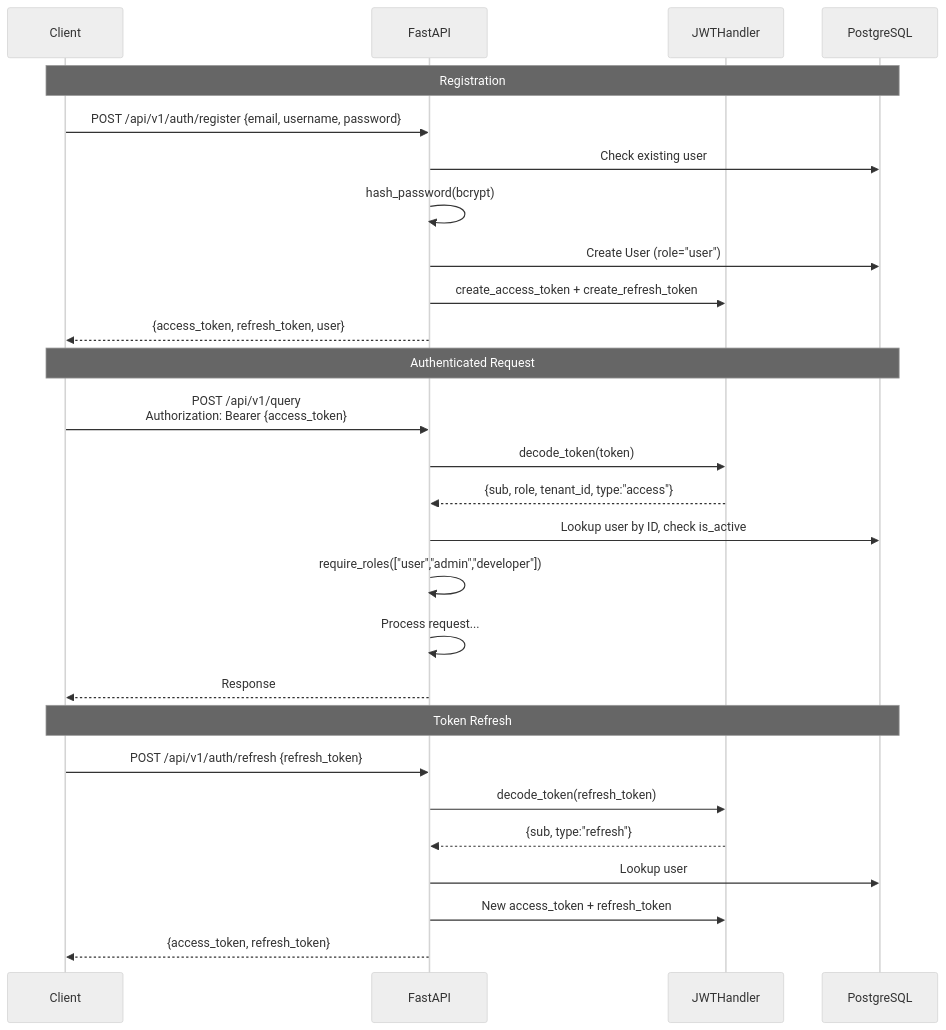
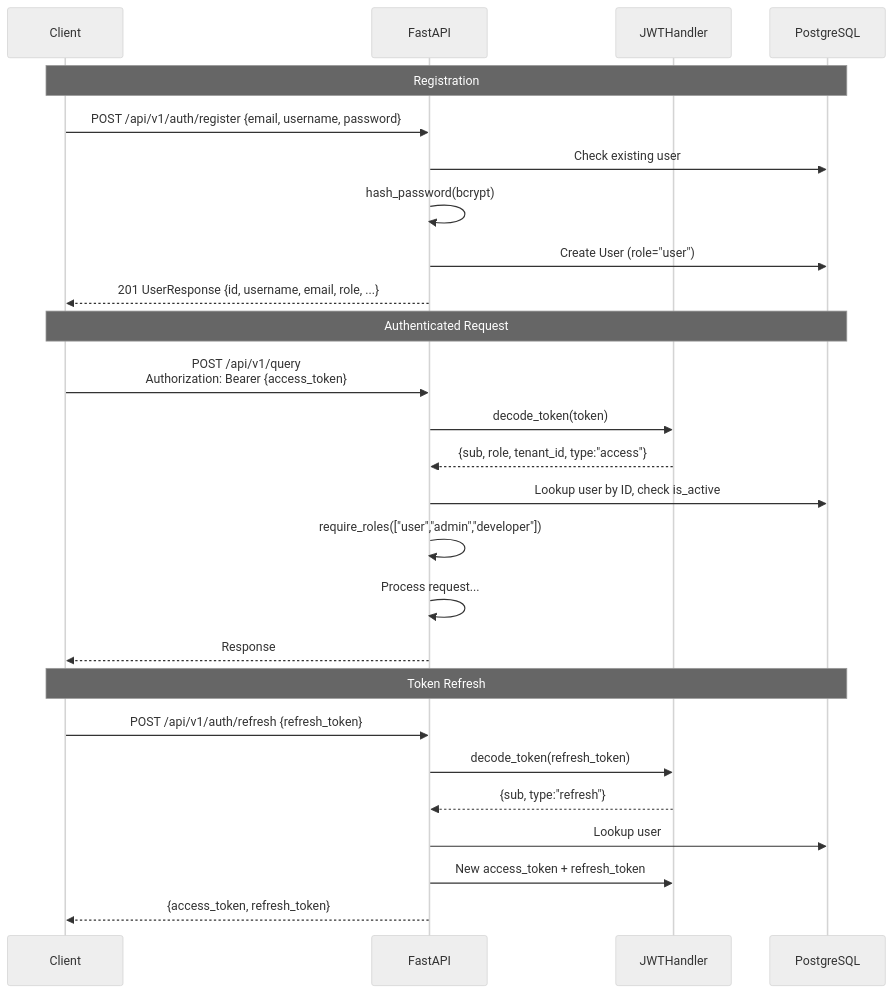
One commit to Jithendhar18/bookstack-rag-agent changed the tenth of 10 diagrams in docs/architecture.md. Above: the diagram before and after it, drawn with Mermaid (neutral theme). The commit also changed other lines of this file and 14 other files, not shown here.

````diff
--- a/docs/architecture.md
+++ b/docs/architecture.md
@@ -569,32 +569,31 @@
 ```mermaid
 sequenceDiagram
     participant C as Client
     participant API as FastAPI
     participant JWT as JWTHandler
     participant PG as PostgreSQL
 
     Note over C,PG: Registration
     C->>API: POST /api/v1/auth/register {email, username, password}
     API->>PG: Check existing user
     API->>API: hash_password(bcrypt)
     API->>PG: Create User (role="user")
-    API->>JWT: create_access_token + create_refresh_token
-    API-->>C: {access_token, refresh_token, user}
+    API-->>C: 201 UserResponse {id, username, email, role, ...}
 
     Note over C,PG: Authenticated Request
     C->>API: POST /api/v1/query<br/>Authorization: Bearer {access_token}
     API->>JWT: decode_token(token)
     JWT-->>API: {sub, role, tenant_id, type:"access"}
     API->>PG: Lookup user by ID, check is_active
     API->>API: require_roles(["user","admin","developer"])
     API->>API: Process request...
     API-->>C: Response
 
     Note over C,PG: Token Refresh
     C->>API: POST /api/v1/auth/refresh {refresh_token}
     API->>JWT: decode_token(refresh_token)
     JWT-->>API: {sub, type:"refresh"}
     API->>PG: Lookup user
     API->>JWT: New access_token + refresh_token
     API-->>C: {access_token, refresh_token}
 ```
````
